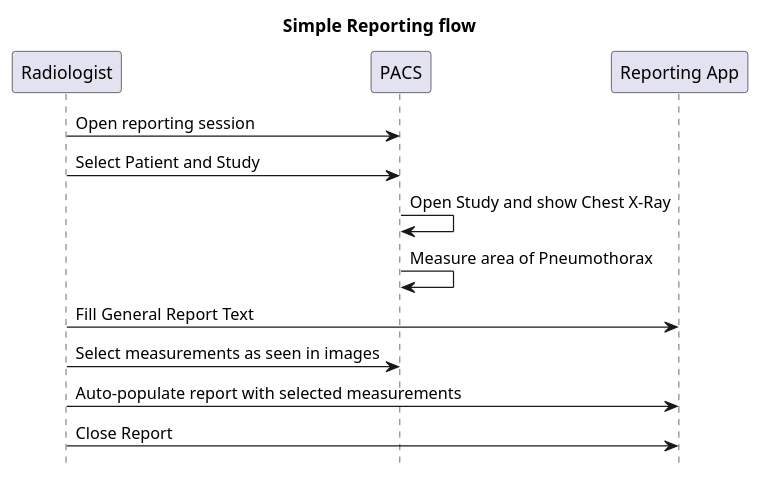
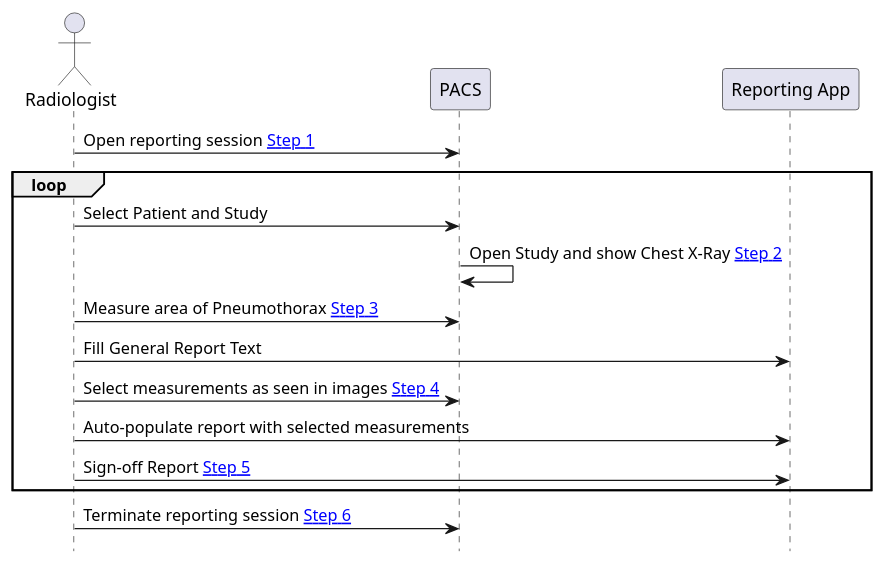
Before and after one commit to IHE/RAD.IRA: the diagram in input/images-source/ReportingFlow.plantuml, drawn with PlantUML. The commit also changed 15 other files, not shown here.

```diff
--- a/input/images-source/ReportingFlow.plantuml
+++ b/input/images-source/ReportingFlow.plantuml
@@ -1,19 +1,23 @@
 @startuml
 
 hide footbox
-title Simple Reporting flow
 
-participant "Radiologist" as User
+actor Radiologist as User
 participant "PACS" as PACS
-participant "Reporting App" as Reporter
+participant "Reporting App" as Report
 
-User -> PACS: Open reporting session
+User -> PACS: Open reporting session [[volume-1.html#1xx42121-step-1-open-reporting-session Step 1]]
+
+loop
 User -> PACS: Select Patient and Study
-PACS -> PACS: Open Study and show Chest X-Ray
-PACS -> PACS: Measure area of Pneumothorax
-User -> Reporter: Fill General Report Text
-User -> PACS: Select measurements as seen in images
-User -> Reporter: Auto-populate report with selected measurements
-User -> Reporter: Close Report
+PACS -> PACS: Open Study and show Chest X-Ray [[volume-1.html#1xx42122-step-2-open-study-in-context Step 2]]
+User -> PACS: Measure area of Pneumothorax [[volume-1.html#1xx42123-step-3-add-content-optional Step 3]]
+User -> Report: Fill General Report Text
+User -> PACS: Select measurements as seen in images [[volume-1.html#1xx42124-step-4-select-content-optional Step 4]]
+User -> Report: Auto-populate report with selected measurements
+User -> Report: Sign-off Report [[volume-1.html#1xx42125-step-5-sign-off-report Step 5]]
+end
+
+User->PACS: Terminate reporting session [[volume-1.html#1xx42126-step-6-terminate-reporting-session Step 6]]
 
 @enduml
```
